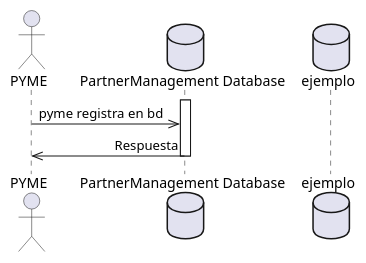
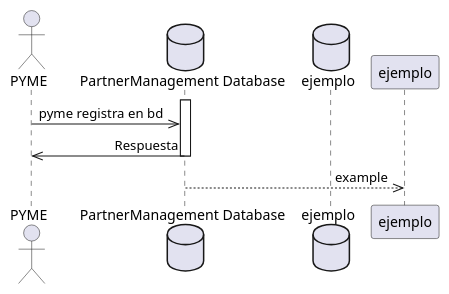
One commit to Altair2607/ExamplePoC changed the diagram in poc3.puml. Above: the diagram before and after it, drawn with PlantUML. The commit also changed 1 other file, not shown here.

```diff
--- a/poc3.puml
+++ b/poc3.puml
@@ -1,16 +1,14 @@
 @startuml Different flow
 skinparam sequenceMessageAlign right
 
 actor "PYME" as A 
 database "PartnerManagement Database" as BDPartnerManagement
 database "ejemplo" as Ejemplo 
 
 activate BDPartnerManagement
 A ->> BDPartnerManagement: pyme registra en bd
 BDPartnerManagement->>A: Respuesta
 deactivate BDPartnerManagement
-
-
-
+BDPartnerManagement -->> ejemplo: example
 
 @enduml
```
